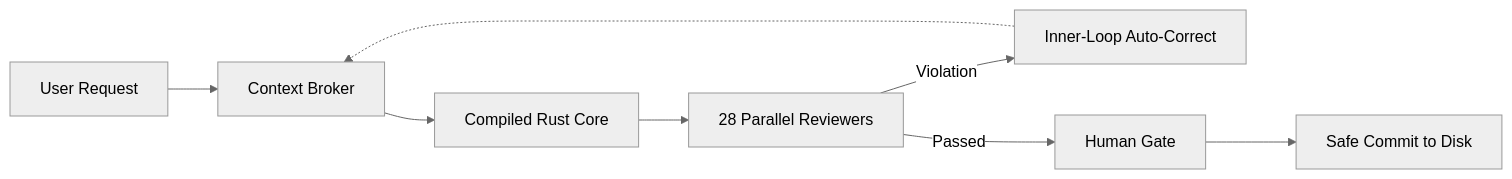
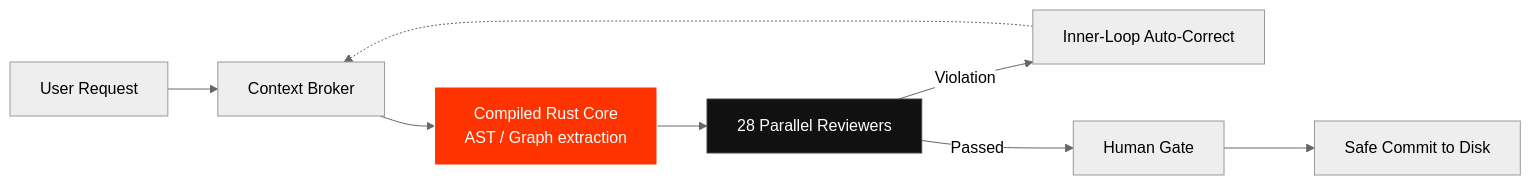
Before and after one commit to Harmitx7/tribunal-kit: the diagram in README.md, drawn with Mermaid (neutral theme). The commit also changed other lines of this file and 5 other files, not shown here.

````diff
--- a/README.md
+++ b/README.md
@@ -340,10 +69,13 @@
 ```mermaid
 graph LR
     A[User Request] --> B[Context Broker]
-    B --> C[Compiled Rust Core]
+    B --> C[Compiled Rust Core<br/>AST / Graph extraction]
     C --> D[28 Parallel Reviewers]
     D -->|Violation| E[Inner-Loop Auto-Correct]
     E -.-> B
     D -->|Passed| F[Human Gate]
     F --> G[Safe Commit to Disk]
+
+    style C fill:#ff3300,stroke:#fff,stroke-width:1px,color:#fff
+    style D fill:#111,stroke:#444,stroke-width:1px,color:#fff
 ```
````
